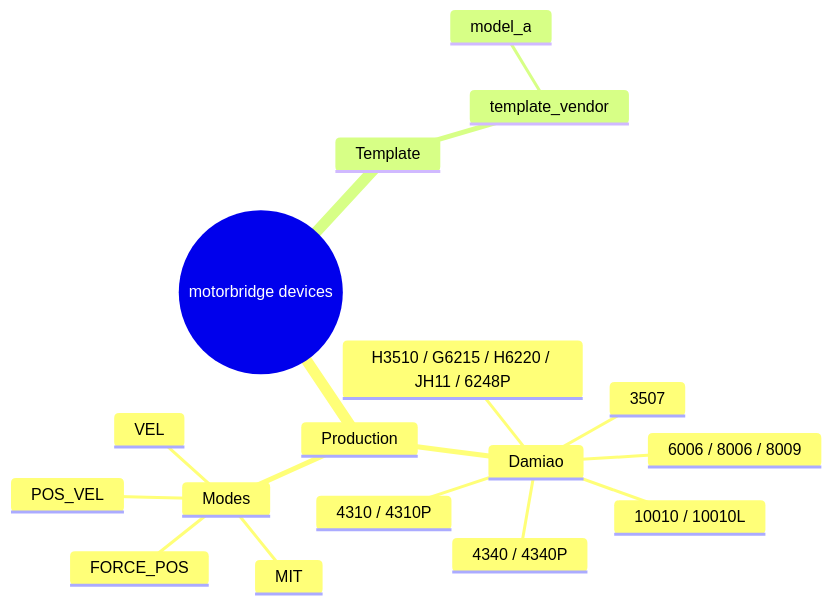
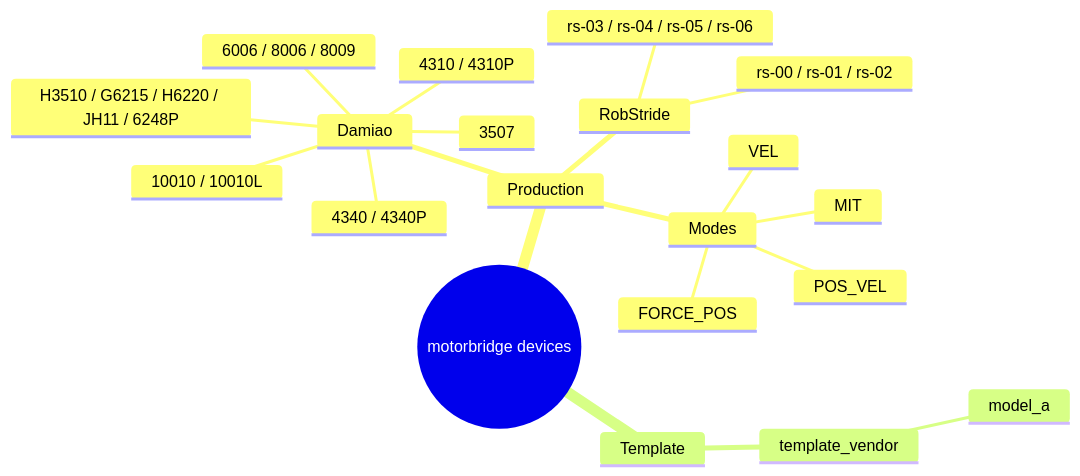
The diagram in docs/en/devices.md (tianrking/motorbridge), drawn with Mermaid before and after one commit. The commit also changed other lines of this file and 56 other files, not shown here.

Commit message:
feat: integrate RobStride vendor with unified scan and docs refresh

````diff
--- a/docs/en/devices.md
+++ b/docs/en/devices.md
@@ -5,20 +5,23 @@
 ```mermaid
 mindmap
   root((motorbridge devices))
     Production
       Damiao
         3507
         4310 / 4310P
         4340 / 4340P
         6006 / 8006 / 8009
         10010 / 10010L
         H3510 / G6215 / H6220 / JH11 / 6248P
+      RobStride
+        rs-00 / rs-01 / rs-02
+        rs-03 / rs-04 / rs-05 / rs-06
       Modes
         MIT
         POS_VEL
         VEL
         FORCE_POS
     Template
       template_vendor
         model_a
 ```
````
